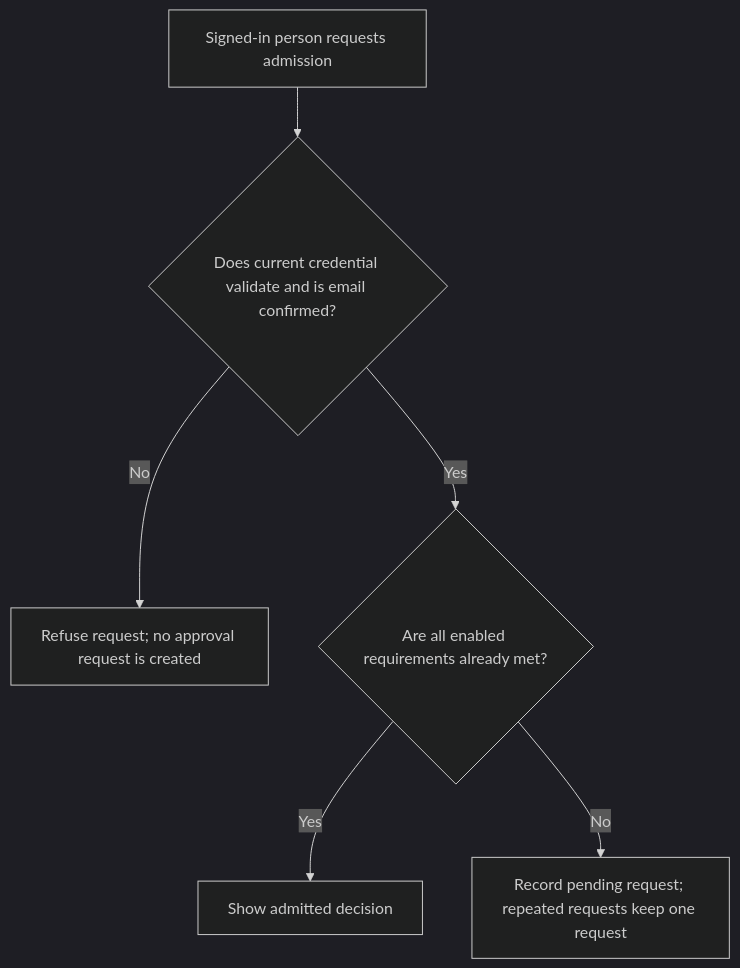
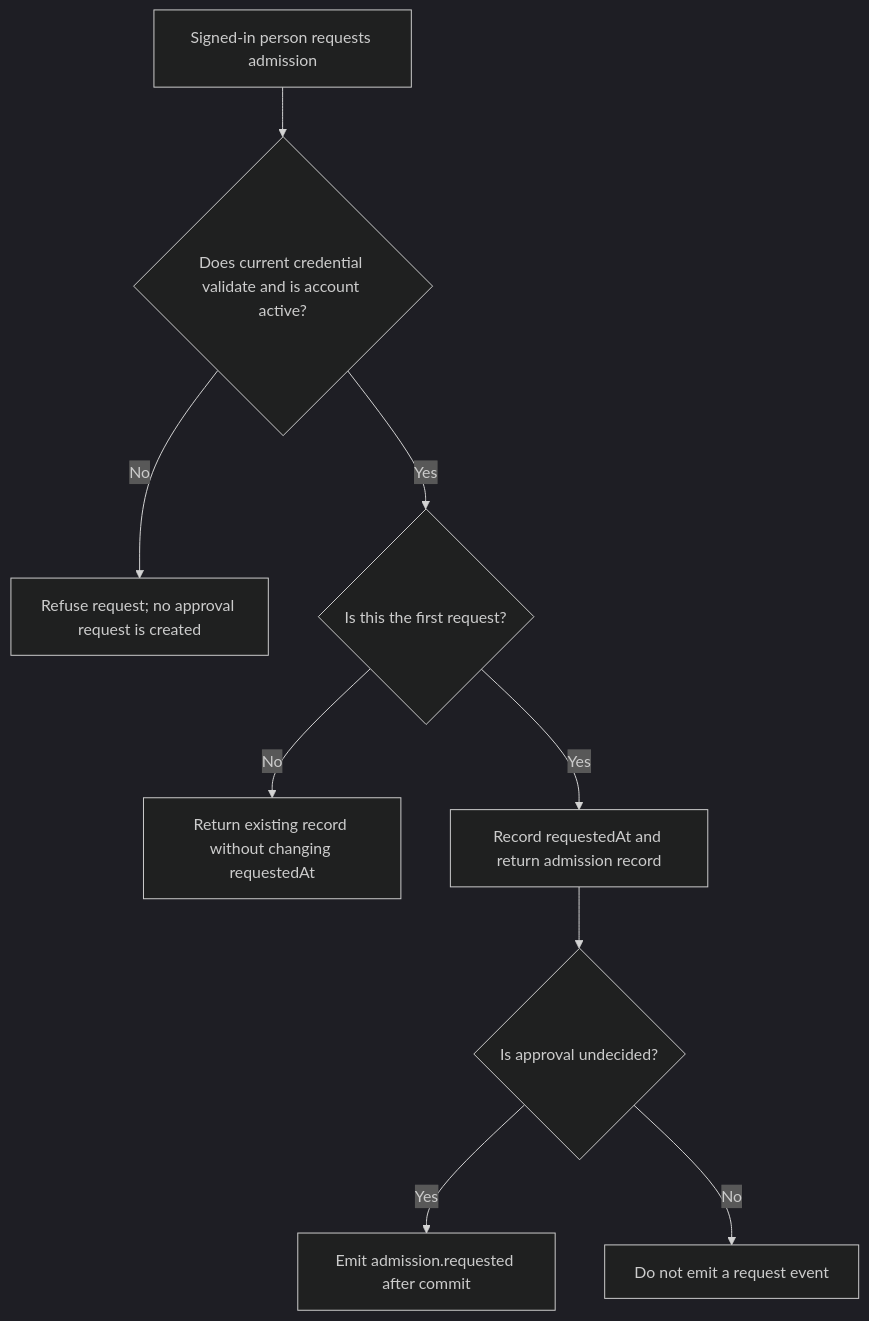
One commit to Kevinjohn/oss-adonisjs-account-kit changed the first of 2 diagrams in user-stories/US-ACCOUNT-24-request-admission.md. Above: the diagram before and after it, drawn with Mermaid (dark theme). The commit also changed other lines of this file and 7 other files, not shown here.

````diff
--- a/user-stories/US-ACCOUNT-24-request-admission.md
+++ b/user-stories/US-ACCOUNT-24-request-admission.md
@@ -18,8 +18,11 @@
 ```mermaid
 flowchart TD
- A["Signed-in person requests admission"] --> B{"Does current credential validate and is email confirmed?"}
+ A["Signed-in person requests admission"] --> B{"Does current credential validate and is account active?"}
  B -->|No| C["Refuse request; no approval request is created"]
- B -->|Yes| D{"Are all enabled requirements already met?"}
- D -->|Yes| E["Show admitted decision"]
- D -->|No| F["Record pending request; repeated requests keep one request"]
+ B -->|Yes| D{"Is this the first request?"}
+ D -->|No| E["Return existing record without changing requestedAt"]
+ D -->|Yes| F["Record requestedAt and return admission record"]
+ F --> G{"Is approval undecided?"}
+ G -->|Yes| H["Emit admission.requested after commit"]
+ G -->|No| I["Do not emit a request event"]
 ```
````
